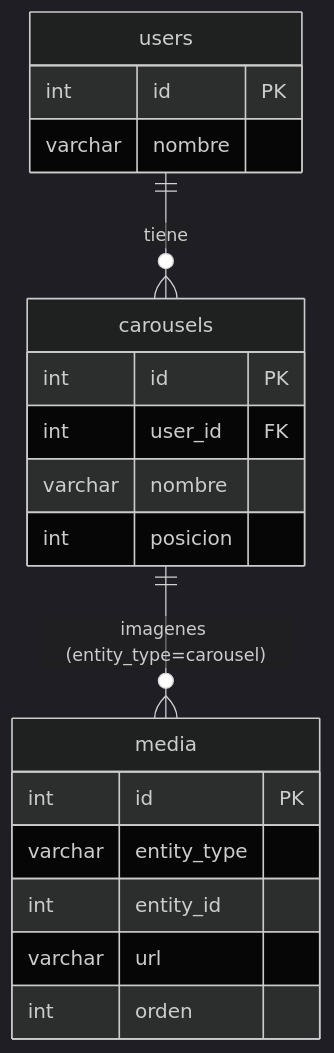
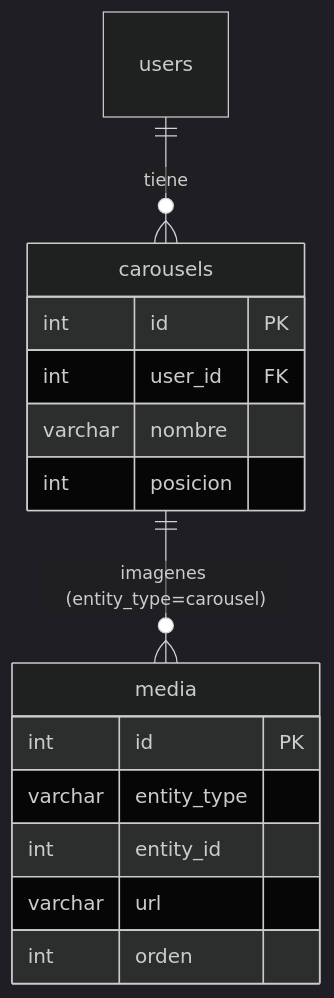
Before and after one commit to pato1982/Solo_un_click: the third of 6 diagrams in diagrama_BD.md, drawn with Mermaid (dark theme). The commit also changed other lines of this file and 2 other files, not shown here.

First line of the commit message:
docs(db-schema-v2): batch C — homologación de diagrama, roadmap y estado real auditoría

````diff
--- a/diagrama_BD.md
+++ b/diagrama_BD.md
@@ -136,25 +162,18 @@
 ```mermaid
 erDiagram
-    users {
-        int id PK
-        varchar nombre
-    }
-
     carousels {
         int id PK
         int user_id FK
         varchar nombre
         int posicion
     }
-
     media {
         int id PK
         varchar entity_type
         int entity_id
         varchar url
         int orden
     }
-
     users ||--o{ carousels : "tiene"
     carousels ||--o{ media : "imagenes (entity_type=carousel)"
 ```
````
